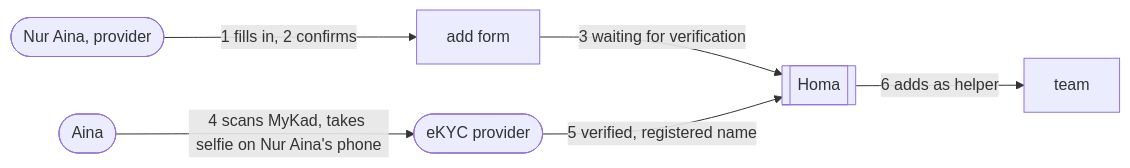
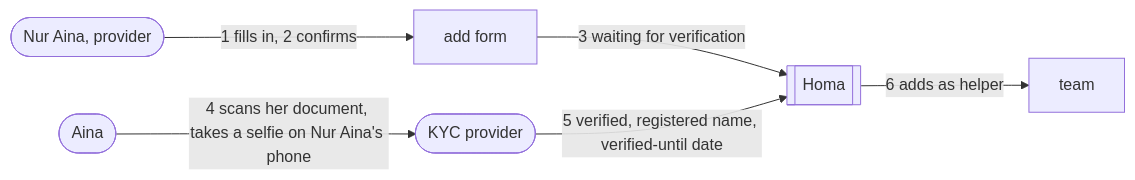
One commit to luqq2500/homa changed the second of 3 diagrams in docs/homa-domain-stories.md. Above: the diagram before and after it, drawn with Mermaid. The commit also changed other lines of this file and 100 other files, not shown here.

````diff
--- a/docs/homa-domain-stories.md
+++ b/docs/homa-domain-stories.md
@@ -324,8 +297,8 @@
 ```mermaid
 flowchart LR
     P([Nur Aina, provider]) -- "1 fills in, 2 confirms" --> F[add form]
     F -- "3 waiting for verification" --> H[[Homa]]
-    A([Aina]) -- "4 scans MyKad, takes selfie on Nur Aina's phone" --> K([eKYC provider])
-    K -- "5 verified, registered name" --> H
+    A([Aina]) -- "4 scans her document, takes a selfie on Nur Aina's phone" --> K([KYC provider])
+    K -- "5 verified, registered name, verified-until date" --> H
     H -- "6 adds as helper" --> T[team]
 ```
````
